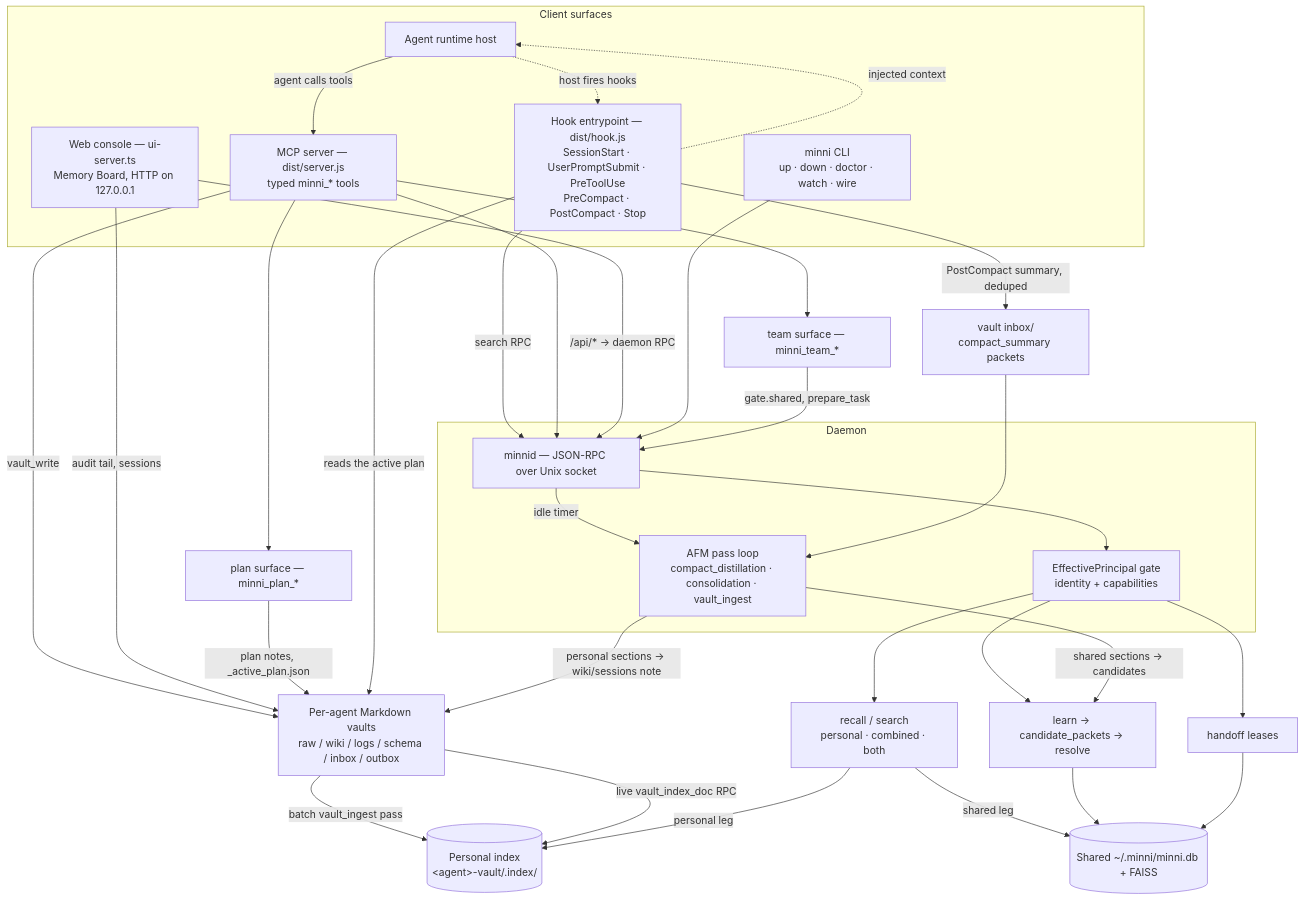
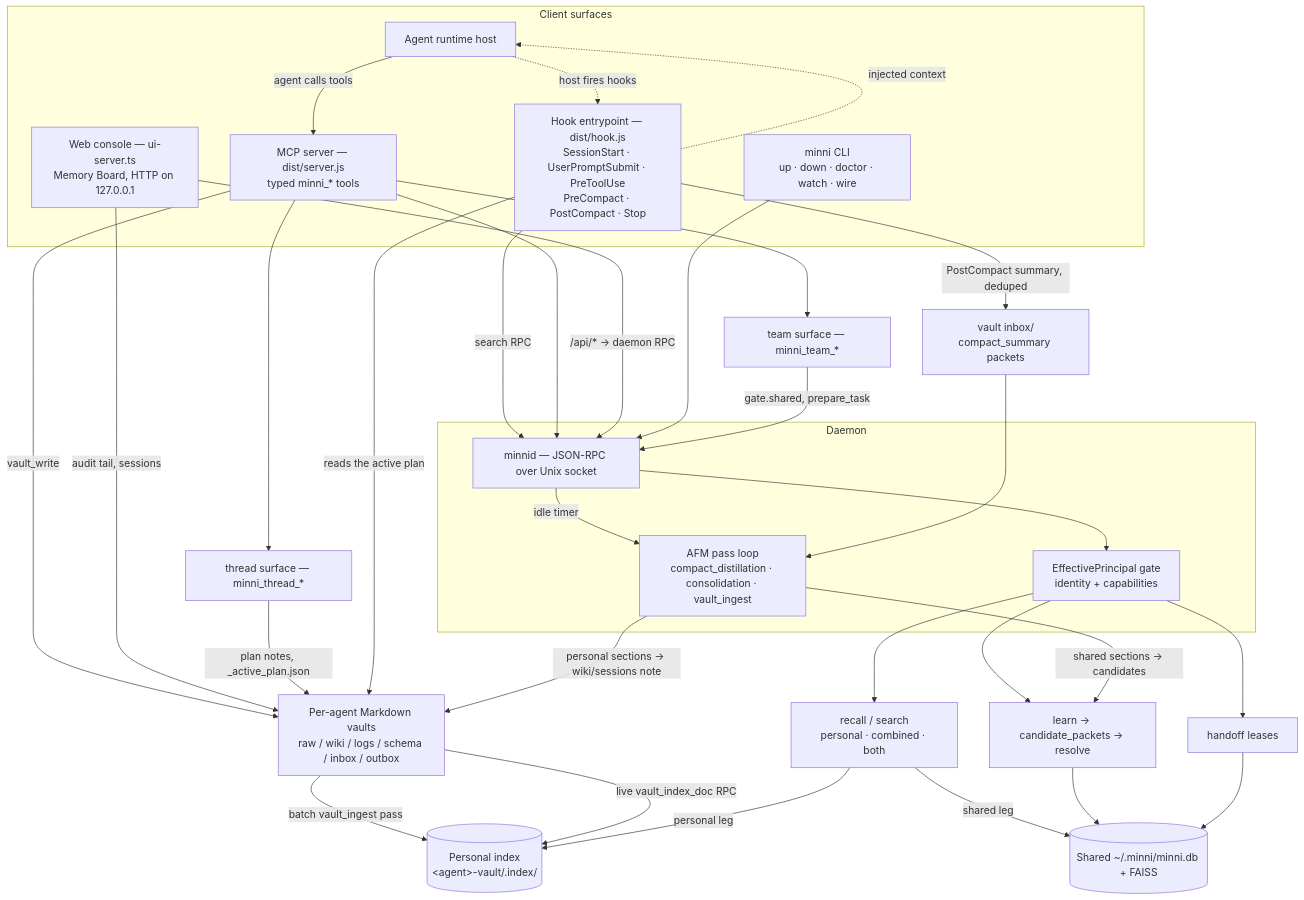
One commit to infektyd/minni changed the diagram in docs/architecture.md. Above: the diagram before and after it, drawn with Mermaid. The commit also changed 1 other file, not shown here.

Commit message:
docs: update redesigned diagrams to the minni_thread_* names
The README/architecture redesign (#211) landed while this branch was in
review and its diagrams were drawn against the pre-rename tool names.

````diff
--- a/docs/architecture.md
+++ b/docs/architecture.md
@@ -12,59 +12,59 @@
 ```mermaid
 flowchart TD
     subgraph Clients["Client surfaces"]
       Host["Agent runtime host"]
       Hooks["Hook entrypoint — dist/hook.js<br/>SessionStart · UserPromptSubmit · PreToolUse<br/>PreCompact · PostCompact · Stop"]
       Plugin["MCP server — dist/server.js<br/>typed minni_* tools"]
       Console["Web console — ui-server.ts<br/>Memory Board, HTTP on 127.0.0.1"]
       CLI["minni CLI<br/>up · down · doctor · watch · wire"]
     end
 
     subgraph Core["Daemon"]
       Daemon["minnid — JSON-RPC over Unix socket"]
       Gate["EffectivePrincipal gate<br/>identity + capabilities"]
       AFM["AFM pass loop<br/>compact_distillation · consolidation · vault_ingest"]
     end
 
     Retrieval["recall / search<br/>personal · combined · both"]
     Governance["learn → candidate_packets → resolve"]
     Handoff["handoff leases"]
-    Plans["plan surface — minni_plan_*"]
+    Plans["thread surface — minni_thread_*"]
     Team["team surface — minni_team_*"]
 
     Vaults["Per-agent Markdown vaults<br/>raw / wiki / logs / schema / inbox / outbox"]
     Inbox["vault inbox/<br/>compact_summary packets"]
     Personal[("Personal index<br/>&lt;agent&gt;-vault/.index/")]
     Shared[("Shared ~/.minni/minni.db + FAISS")]
 
     Host -.->|host fires hooks| Hooks
     Host -->|agent calls tools| Plugin
     Hooks -->|search RPC| Daemon
     Hooks -.->|injected context| Host
     Hooks -->|PostCompact summary, deduped| Inbox
     Plugin --> Daemon
     Plugin --> Plans
     Plugin --> Team
     Plugin -->|vault_write| Vaults
     Console -->|/api/* → daemon RPC| Daemon
     Console -->|audit tail, sessions| Vaults
     CLI --> Daemon
     Team -->|gate.shared, prepare_task| Daemon
     Plans -->|plan notes, _active_plan.json| Vaults
     Hooks -->|reads the active plan| Vaults
 
     Daemon --> Gate
     Gate --> Retrieval
     Gate --> Governance
     Gate --> Handoff
     Daemon -->|idle timer| AFM
     Inbox --> AFM
     AFM -->|shared sections → candidates| Governance
     AFM -->|personal sections → wiki/sessions note| Vaults
 
     Vaults -->|batch vault_ingest pass| Personal
     Vaults -->|live vault_index_doc RPC| Personal
     Retrieval -->|personal leg| Personal
     Retrieval -->|shared leg| Shared
     Governance --> Shared
     Handoff --> Shared
 ```
````
